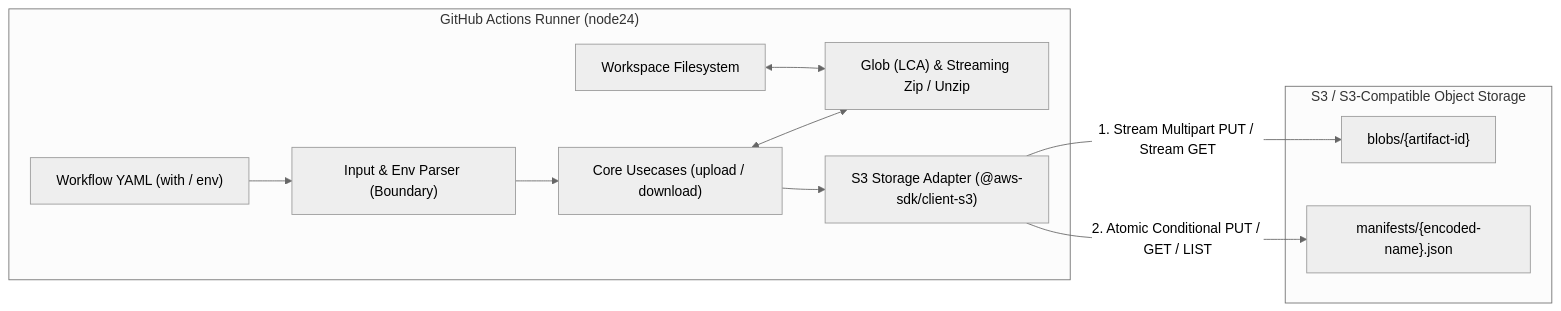
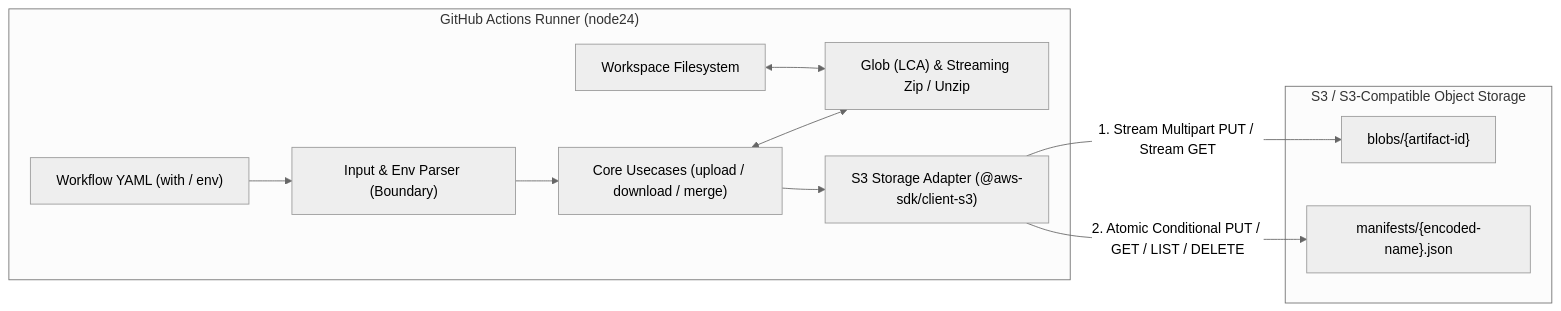
One commit to toyamagu-2021/github-s3-artifact changed the diagram in docs/architecture.md. Above: the diagram before and after it, drawn with Mermaid (neutral theme). The commit also changed other lines of this file and 26 other files, not shown here.

First line of the commit message:
fix(storage,download): filter expired manifests in listManifests and create empty download-path (#21)

````diff
--- a/docs/architecture.md
+++ b/docs/architecture.md
@@ -21,18 +21,18 @@
 ```mermaid
 flowchart LR
   subgraph Runner["GitHub Actions Runner (node24)"]
     YAML["Workflow YAML (with / env)"] --> BoundaryIn["Input & Env Parser (Boundary)"]
     FS["Workspace Filesystem"] <--> Archive["Glob (LCA) & Streaming Zip / Unzip"]
-    BoundaryIn --> Core["Core Usecases (upload / download)"]
+    BoundaryIn --> Core["Core Usecases (upload / download / merge)"]
     Core <--> Archive
     Core --> Adapter["S3 Storage Adapter (@aws-sdk/client-s3)"]
   end
 
   subgraph S3["S3 / S3-Compatible Object Storage"]
     Blobs["blobs/{artifact-id}"]
     Manifests["manifests/{encoded-name}.json"]
   end
 
   Adapter -- "1. Stream Multipart PUT / Stream GET" --> Blobs
-  Adapter -- "2. Atomic Conditional PUT / GET / LIST" --> Manifests
+  Adapter -- "2. Atomic Conditional PUT / GET / LIST / DELETE" --> Manifests
 ```
````
